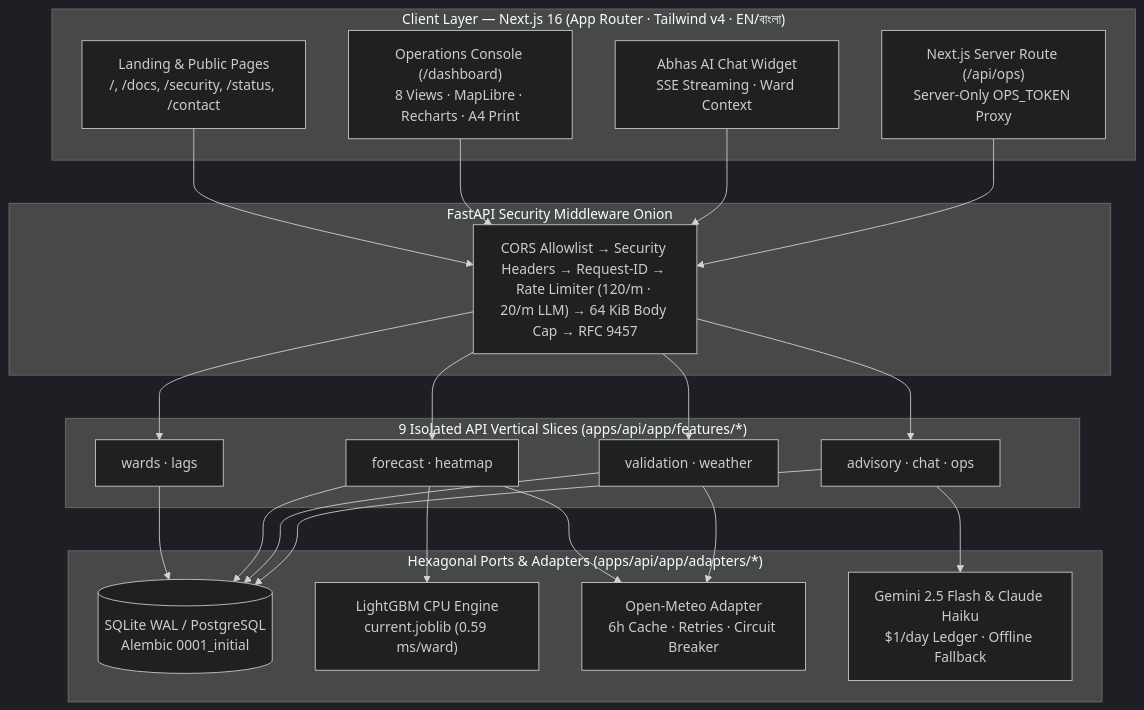
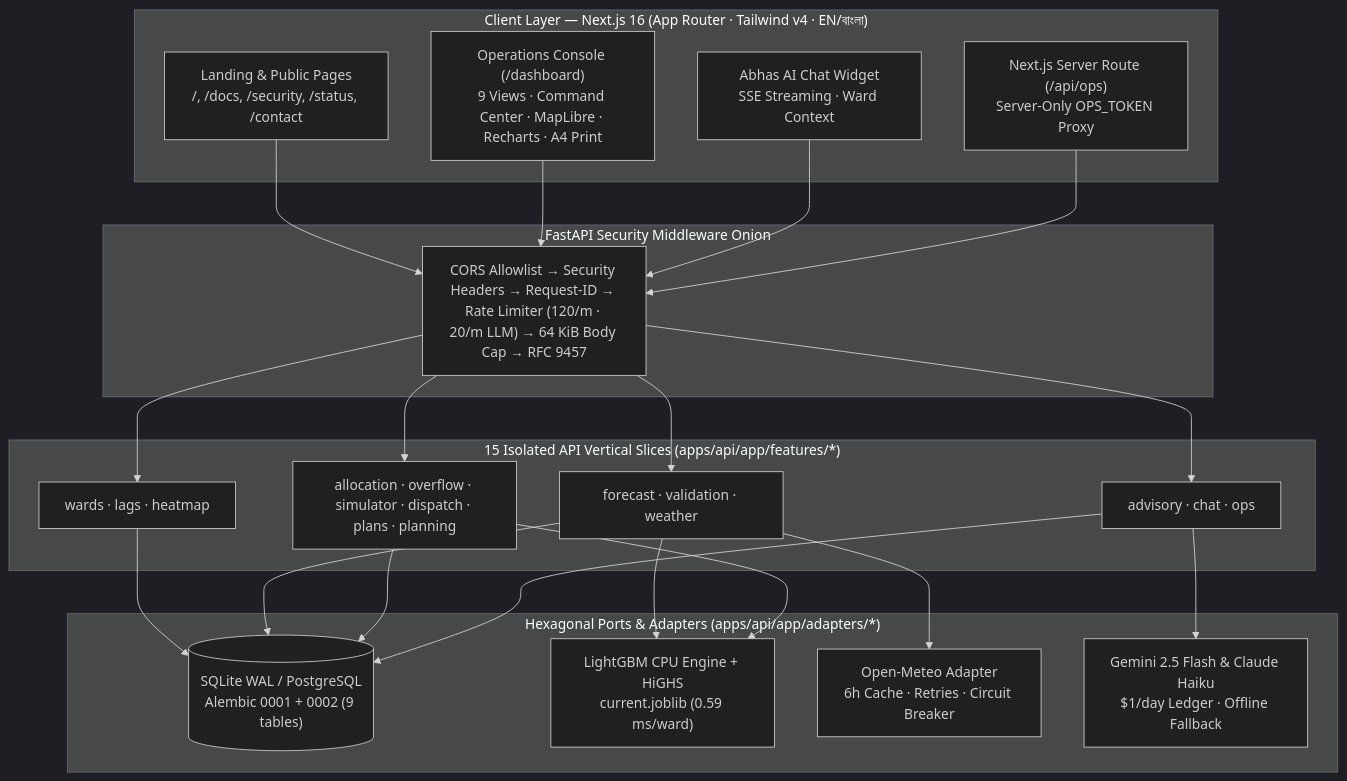
Before and after one commit to akramrafid/Abhas---AI-Engineering-Hackathon: the second of 3 diagrams in README.md, drawn with Mermaid (dark theme). The commit also changed other lines of this file and 1 other file, not shown here.

````diff
--- a/README.md
+++ b/README.md
@@ -295,38 +299,38 @@
 ```mermaid
 flowchart TB
     subgraph Client ["Client Layer — Next.js 16 (App Router · Tailwind v4 · EN/বাংলা)"]
         LAND["Landing & Public Pages<br/>/, /docs, /security, /status, /contact"]
-        DASH["Operations Console (/dashboard)<br/>8 Views · MapLibre · Recharts · A4 Print"]
+        DASH["Operations Console (/dashboard)<br/>9 Views · Command Center · MapLibre · Recharts · A4 Print"]
         CHATUI["Abhas AI Chat Widget<br/>SSE Streaming · Ward Context"]
         PROXY["Next.js Server Route (/api/ops)<br/>Server-Only OPS_TOKEN Proxy"]
     end
 
     subgraph Edge ["FastAPI Security Middleware Onion"]
         MW["CORS Allowlist → Security Headers → Request-ID → Rate Limiter (120/m · 20/m LLM) → 64 KiB Body Cap → RFC 9457"]
     end
 
-    subgraph Slices ["9 Isolated API Vertical Slices (apps/api/app/features/*)"]
-        S1["wards · lags"]
-        S2["forecast · heatmap"]
-        S3["validation · weather"]
+    subgraph Slices ["15 Isolated API Vertical Slices (apps/api/app/features/*)"]
+        S1["wards · lags · heatmap"]
+        S2["forecast · validation · weather"]
+        S3["allocation · overflow · simulator · dispatch · plans · planning"]
         S4["advisory · chat · ops"]
     end
 
     subgraph Adapters ["Hexagonal Ports & Adapters (apps/api/app/adapters/*)"]
-        DB[("SQLite WAL / PostgreSQL<br/>Alembic 0001_initial")]
-        ML["LightGBM CPU Engine<br/>current.joblib (0.59 ms/ward)"]
+        DB[("SQLite WAL / PostgreSQL<br/>Alembic 0001 + 0002 (9 tables)")]
+        ML["LightGBM CPU Engine + HiGHS<br/>current.joblib (0.59 ms/ward)"]
         WX["Open-Meteo Adapter<br/>6h Cache · Retries · Circuit Breaker"]
         LLM["Gemini 2.5 Flash & Claude Haiku<br/>$1/day Ledger · Offline Fallback"]
     end
 
     LAND --> MW
     DASH --> MW
     CHATUI --> MW
     PROXY --> MW
     MW --> S1 & S2 & S3 & S4
     S1 & S2 & S3 --> DB
-    S2 --> ML
-    S2 & S3 --> WX
+    S2 & S3 --> ML
+    S2 --> WX
     S4 --> LLM
     S4 --> DB
 ```
````
